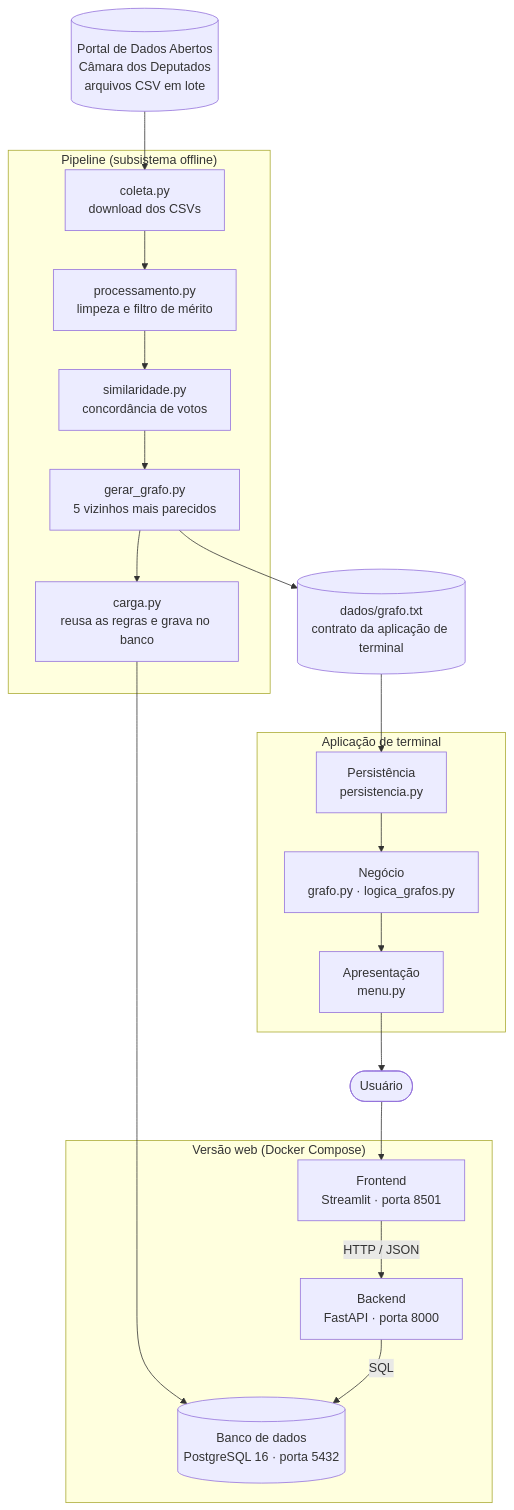
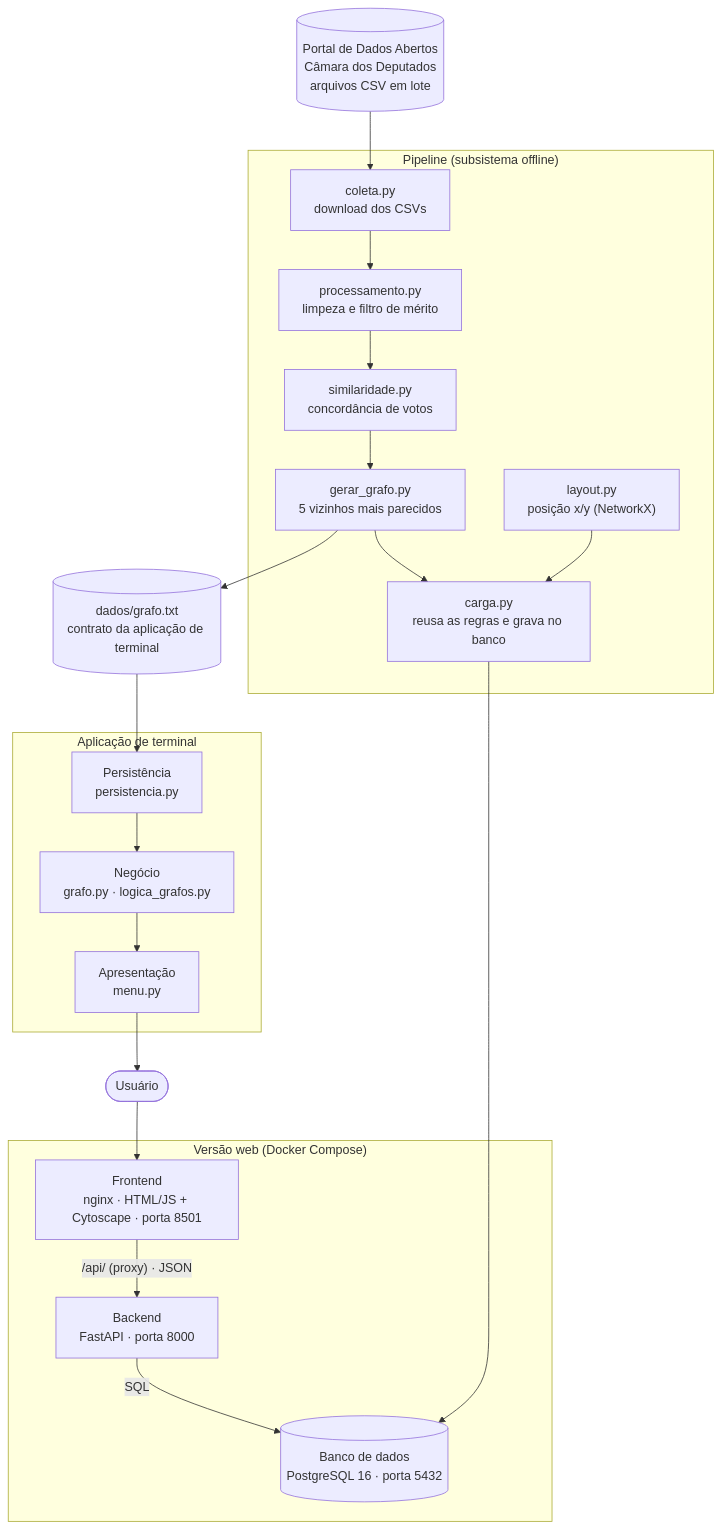
One commit to hissapinto/o-gabinete changed the second of 2 diagrams in README.md. Above: the diagram before and after it, drawn with Mermaid. The commit also changed other lines of this file and 2 other files, not shown here.

Commit message:
docs: ADR do front em Cytoscape, README atualizado e nota no protótipo

````diff
--- a/README.md
+++ b/README.md
@@ -264,33 +264,35 @@
 ```mermaid
 flowchart TB
     A[("Portal de Dados Abertos<br/>Câmara dos Deputados<br/>arquivos CSV em lote")]
 
     subgraph Pipeline["Pipeline (subsistema offline)"]
         B["coleta.py<br/>download dos CSVs"]
         B2["processamento.py<br/>limpeza e filtro de mérito"]
         C["similaridade.py<br/>concordância de votos"]
         D["gerar_grafo.py<br/>5 vizinhos mais parecidos"]
+        L["layout.py<br/>posição x/y (NetworkX)"]
         I["carga.py<br/>reusa as regras e grava no banco"]
     end
 
     E[("dados/grafo.txt<br/>contrato da aplicação de terminal")]
 
     subgraph Terminal["Aplicação de terminal"]
         F["Persistência<br/>persistencia.py"]
         G["Negócio<br/>grafo.py · logica_grafos.py"]
         H["Apresentação<br/>menu.py"]
     end
 
     subgraph Web["Versão web (Docker Compose)"]
-        W1["Frontend<br/>Streamlit · porta 8501"]
+        W1["Frontend<br/>nginx · HTML/JS + Cytoscape · porta 8501"]
         W2["Backend<br/>FastAPI · porta 8000"]
         W3[("Banco de dados<br/>PostgreSQL 16 · porta 5432")]
     end
 
     Usuario(["Usuário"])
 
     A --> B --> B2 --> C --> D --> E
     D --> I --> W3
+    L --> I
     E --> F --> G --> H --> Usuario
-    Usuario --> W1 -->|HTTP / JSON| W2 -->|SQL| W3
+    Usuario --> W1 -->|"/api/ (proxy) · JSON"| W2 -->|SQL| W3
 ```
````
